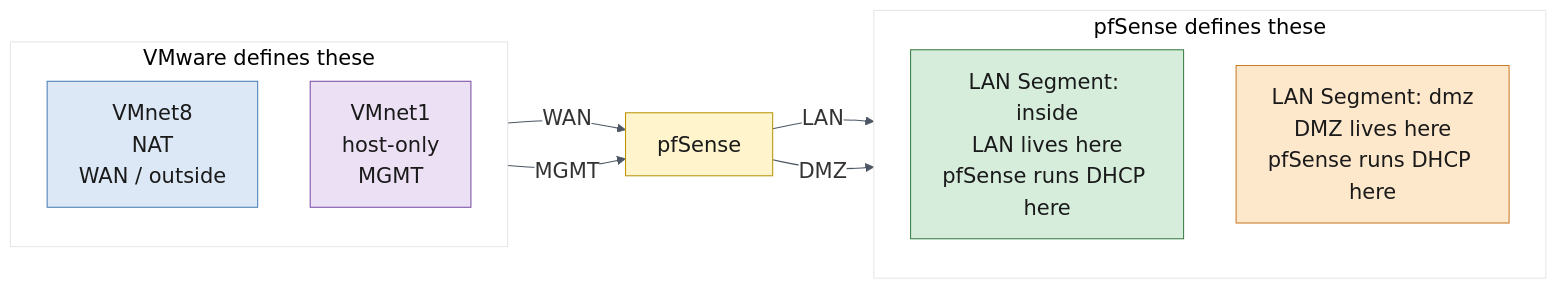
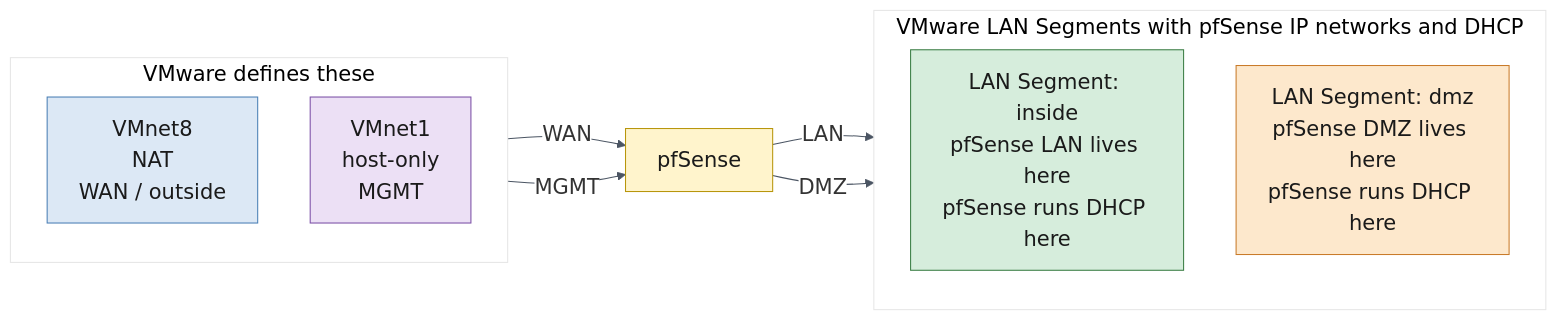
The diagram in labs/210-pfsense-wan-lan-dmz-tour/assets/images/pfsense-vmware-boundary.mmd (WikiSteve/networking-labs), drawn with Mermaid before and after one commit. The commit also changed 3 other files, not shown here.

```diff
--- a/labs/210-pfsense-wan-lan-dmz-tour/assets/images/pfsense-vmware-boundary.mmd
+++ b/labs/210-pfsense-wan-lan-dmz-tour/assets/images/pfsense-vmware-boundary.mmd
@@ -1,32 +1,32 @@
 %%{init: {"theme": "base", "themeVariables": {
   "primaryColor": "#ffffff",
   "primaryBorderColor": "#4b5563",
   "lineColor": "#4b5563",
   "fontSize": "20px",
   "fontFamily": "Arial"
 }}}%%
 flowchart LR
     subgraph vmware ["VMware defines these"]
         direction TB
         nat["VMnet8\nNAT\nWAN / outside"]:::blue
         hostonly["VMnet1\nhost-only\nMGMT"]:::purple
     end
 
     pfsense["pfSense"]:::gold
 
-    subgraph internal ["pfSense defines these"]
+    subgraph internal ["VMware LAN Segments with pfSense IP networks and DHCP"]
         direction TB
-        inside["LAN Segment: inside\nLAN lives here\npfSense runs DHCP here"]:::green
-        dmz["LAN Segment: dmz\nDMZ lives here\npfSense runs DHCP here"]:::orange
+        inside["LAN Segment: inside\npfSense LAN lives here\npfSense runs DHCP here"]:::green
+        dmz["LAN Segment: dmz\npfSense DMZ lives here\npfSense runs DHCP here"]:::orange
     end
 
     nat -->|"WAN"| pfsense
     hostonly -->|"MGMT"| pfsense
     pfsense -->|"LAN"| inside
     pfsense -->|"DMZ"| dmz
 
     classDef blue   fill:#dce8f5,stroke:#4a7fb5,color:#1a1a1a
     classDef green  fill:#d6eddc,stroke:#3a7d44,color:#1a1a1a
     classDef orange fill:#fde8cc,stroke:#c97b2a,color:#1a1a1a
     classDef purple fill:#ece0f5,stroke:#7b4fa6,color:#1a1a1a
     classDef gold   fill:#fff4cc,stroke:#b8960c,color:#1a1a1a
```
